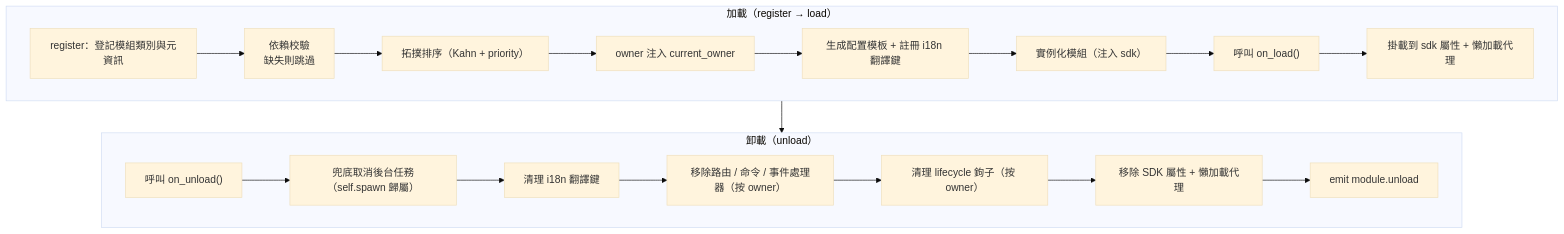
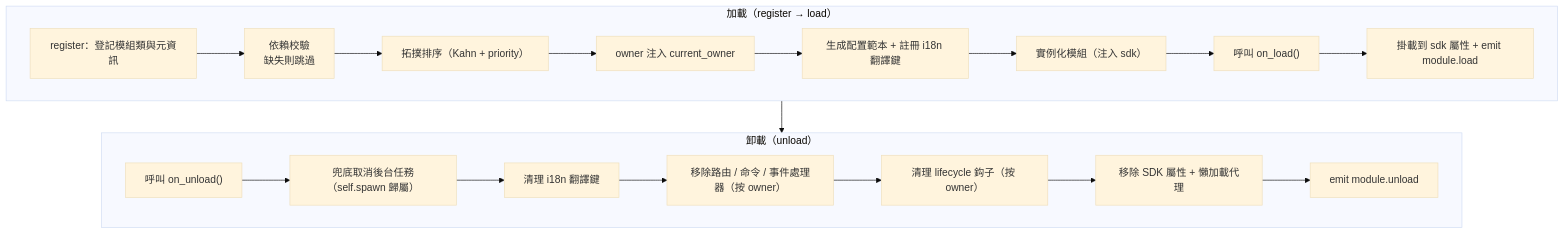
One commit to ErisPulse/ErisPulse changed the diagram in docs/zh-TW/developer-guide/modules/core-concepts.md. Above: the diagram before and after it, drawn with Mermaid (base theme). The commit also changed other lines of this file and 234 other files, not shown here.

````diff
--- a/docs/zh-TW/developer-guide/modules/core-concepts.md
+++ b/docs/zh-TW/developer-guide/modules/core-concepts.md
@@ -115,23 +114,23 @@
 ```mermaid
 flowchart TD
     subgraph Load["加載（register → load）"]
-        L1["register：登記模組類別與元資訊"] --> L2["依賴校驗<br/>缺失則跳過"]
+        L1["register：登記模組類與元資訊"] --> L2["依賴校驗<br/>缺失則跳過"]
         L2 --> L3["拓撲排序（Kahn + priority）"]
         L3 --> L4["owner 注入 current_owner"]
-        L4 --> L5["生成配置模板 + 註冊 i18n 翻譯鍵"]
+        L4 --> L5["生成配置範本 + 註冊 i18n 翻譯鍵"]
         L5 --> L6["實例化模組（注入 sdk）"]
         L6 --> L7["呼叫 on_load()"]
-        L7 --> L8["掛載到 sdk 屬性 + 懶加載代理"]
+        L7 --> L8["掛載到 sdk 屬性 + emit module.load"]
     end
 
     subgraph Unload["卸載（unload）"]
         U1["呼叫 on_unload()"] --> U2["兜底取消後台任務（self.spawn 歸屬）"]
         U2 --> U3["清理 i18n 翻譯鍵"]
         U3 --> U4["移除路由 / 命令 / 事件處理器（按 owner）"]
-        U4 --> U5["清理 lifecycle 鉤子（按 owner）"]
+        U4 --> U5["清理 lifecycle 鈎子（按 owner）"]
         U5 --> U6["移除 SDK 屬性 + 懶加載代理"]
         U6 --> U7["emit module.unload"]
     end
 
     Load --> Unload
 ```
````
